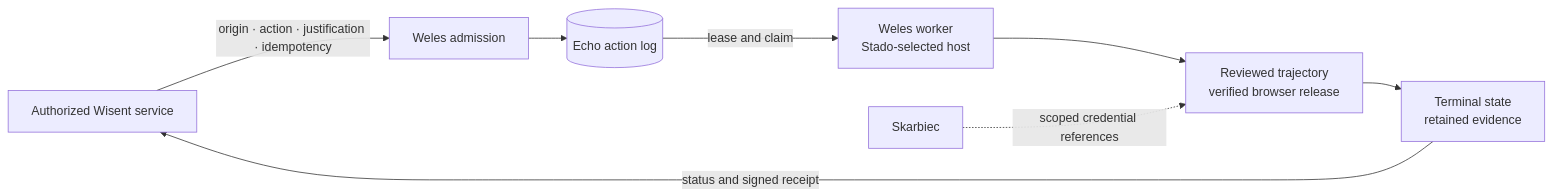
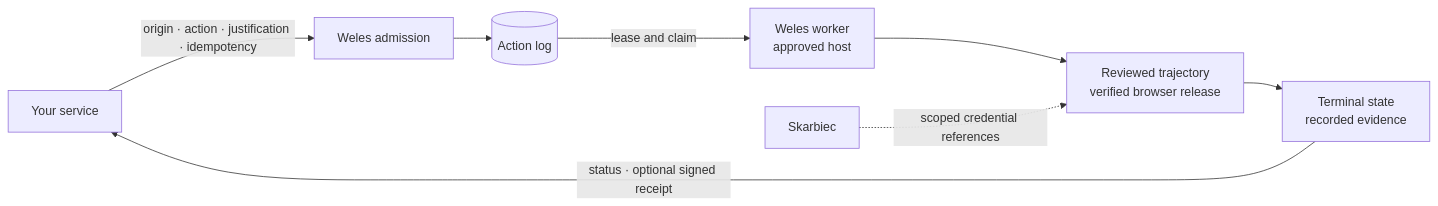
Before and after one commit to wisent-ai/weles: the diagram in README.md, drawn with Mermaid. The commit also changed other lines of this file, not shown here.

Commit message:
docs: complete the Weles product README

````diff
--- a/README.md
+++ b/README.md
@@ -52,10 +134,10 @@
 ```mermaid
 flowchart LR
-    caller["Authorized Wisent service"] -->|"origin · action · justification · idempotency"| admission["Weles admission"]
-    admission --> queue[("Echo action log")]
-    queue -->|"lease and claim"| worker["Weles worker<br/>Stado-selected host"]
+    caller["Your service"] -->|"origin · action · justification · idempotency"| admission["Weles admission"]
+    admission --> queue[("Action log")]
+    queue -->|"lease and claim"| worker["Weles worker<br/>approved host"]
     worker --> trajectory["Reviewed trajectory<br/>verified browser release"]
     skarbiec["Skarbiec"] -. "scoped credential references" .-> trajectory
-    trajectory --> evidence["Terminal state<br/>retained evidence"]
-    evidence -->|"status and signed receipt"| caller
+    trajectory --> evidence["Terminal state<br/>recorded evidence"]
+    evidence -->|"status · optional signed receipt"| caller
 ```
````
